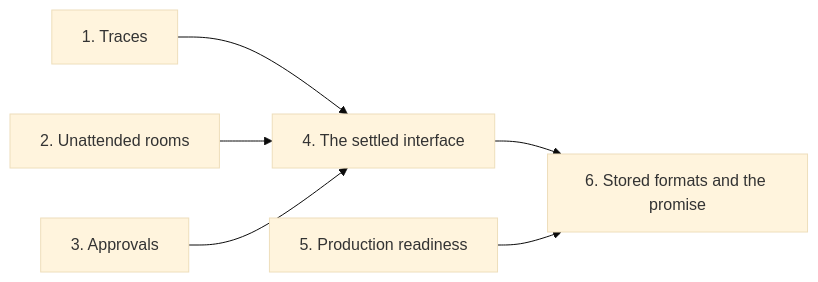
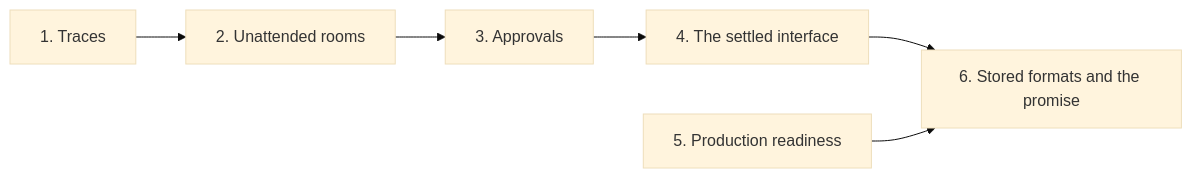
One commit to ambionframework/ambion changed the diagram in planning/next.md. Above: the diagram before and after it, drawn with Mermaid (base theme). The commit also changed other lines of this file and 2 other files, not shown here.

````diff
--- a/planning/next.md
+++ b/planning/next.md
@@ -70,8 +74,8 @@
 ```mermaid
 flowchart LR
-  P1[1. Traces] --> P4[4. The settled interface]
-  P2[2. Unattended rooms] --> P4
-  P3[3. Approvals] --> P4
+  P1[1. Traces] --> P2[2. Unattended rooms]
+  P2 --> P3[3. Approvals]
+  P3 --> P4[4. The settled interface]
   P4 --> P6[6. Stored formats and the promise]
   P5[5. Production readiness] --> P6
 ```
````
